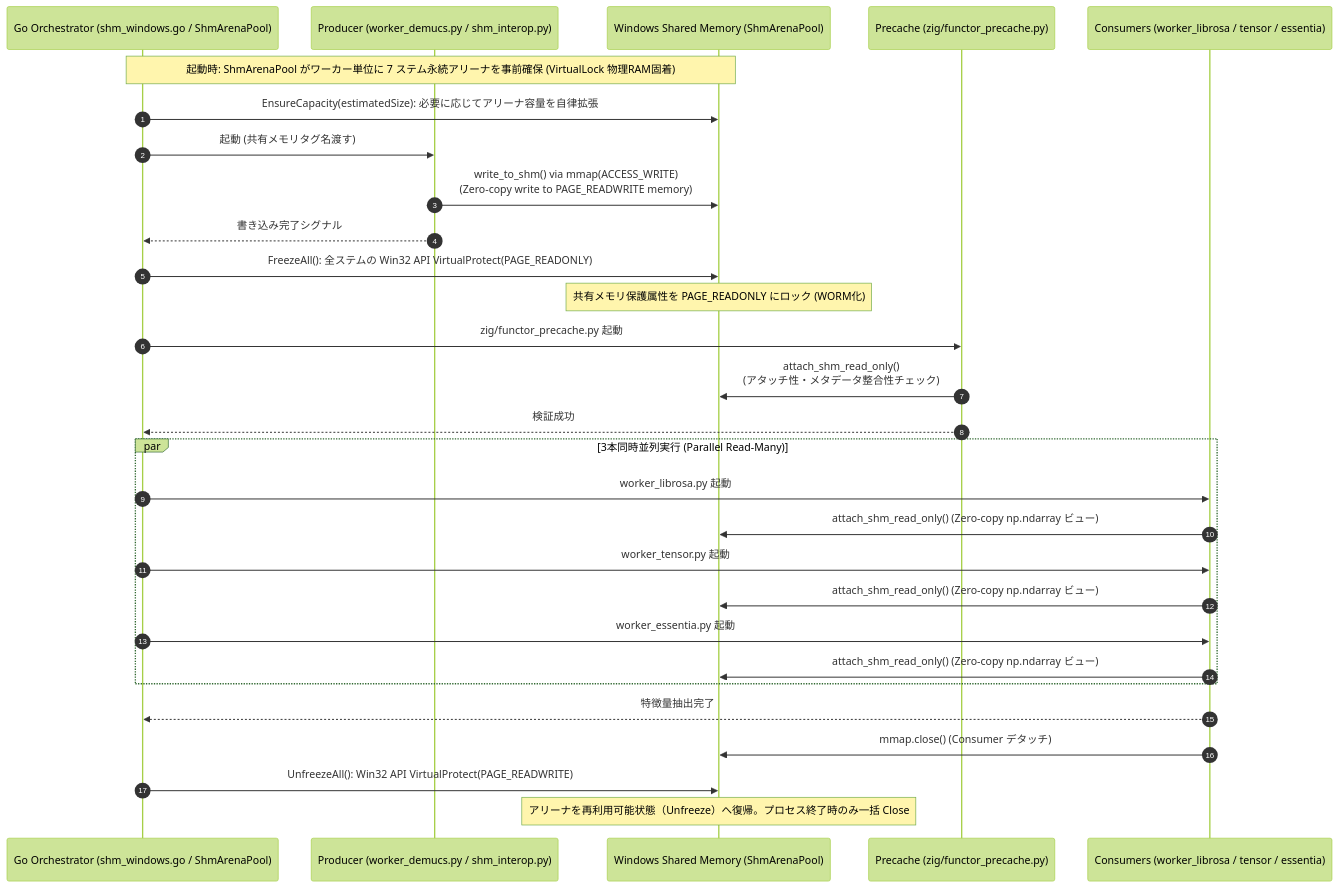
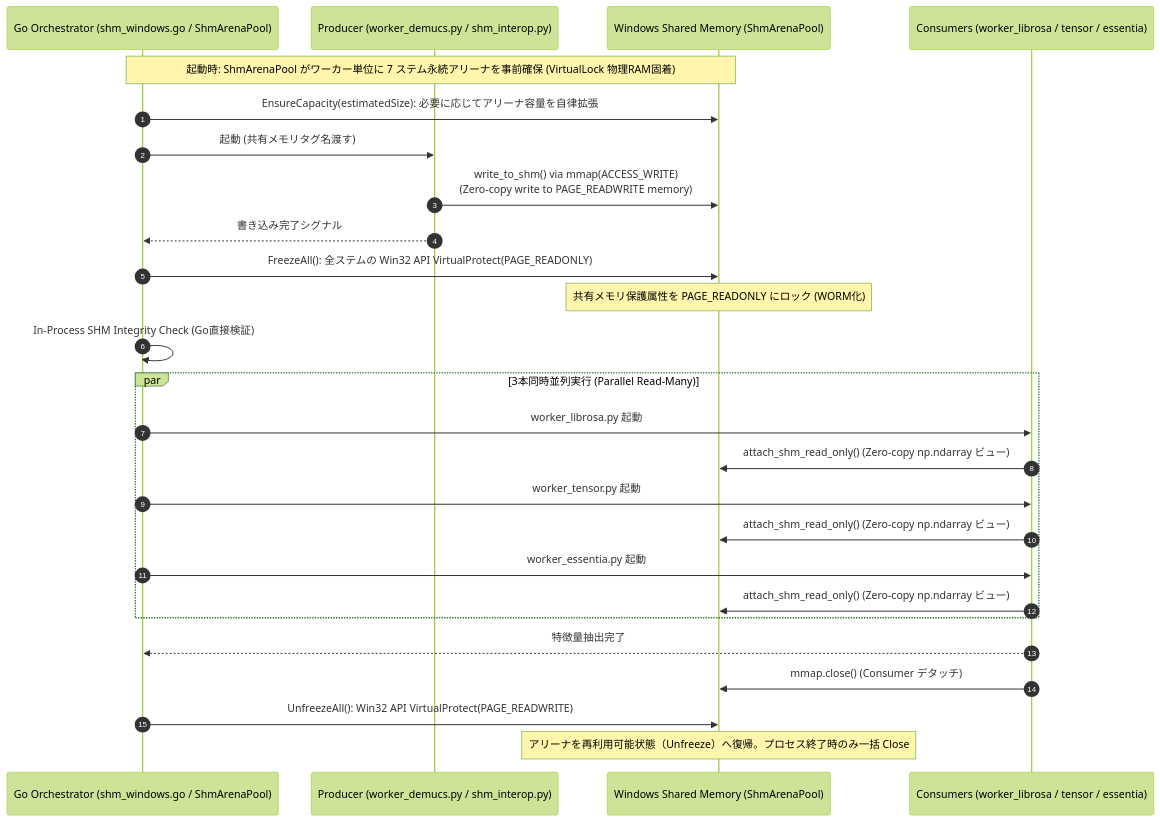
One commit to letwir/flac_analyzer_forwin changed the diagram in docs/shm_architecture.md. Above: the diagram before and after it, drawn with Mermaid (forest theme). The commit also changed other lines of this file and 6 other files, not shown here.

Commit message:
refactor(cleanup): remove obsolete worker_analyzer.py and functor_precache.py and inline pipeline helpers (#18)

````diff
--- a/docs/shm_architecture.md
+++ b/docs/shm_architecture.md
@@ -21,36 +21,33 @@
 ```mermaid
 sequenceDiagram
     autonumber
     participant Go as Go Orchestrator (shm_windows.go / ShmArenaPool)
     participant Producer as Producer (worker_demucs.py / shm_interop.py)
     participant SHM as Windows Shared Memory (ShmArenaPool)
-    participant Precache as Precache (zig/functor_precache.py)
     participant Consumers as Consumers (worker_librosa / tensor / essentia)
 
     Note over Go,SHM: 起動時: ShmArenaPool がワーカー単位に 7 ステム永続アリーナを事前確保 (VirtualLock 物理RAM固着)
     Go->>SHM: EnsureCapacity(estimatedSize): 必要に応じてアリーナ容量を自律拡張
     Go->>Producer: 起動 (共有メモリタグ名渡す)
     Producer->>SHM: write_to_shm() via mmap(ACCESS_WRITE)<br/>(Zero-copy write to PAGE_READWRITE memory)
     Producer-->>Go: 書き込み完了シグナル
     Go->>SHM: FreezeAll(): 全ステムの Win32 API VirtualProtect(PAGE_READONLY)
     Note over SHM: 共有メモリ保護属性を PAGE_READONLY にロック (WORM化)
     
-    Go->>Precache: zig/functor_precache.py 起動
-    Precache->>SHM: attach_shm_read_only()<br/>(アタッチ性・メタデータ整合性チェック)
-    Precache-->>Go: 検証成功
+    Go->>Go: In-Process SHM Integrity Check (Go直接検証)
 
     par 3本同時並列実行 (Parallel Read-Many)
         Go->>Consumers: worker_librosa.py 起動
         Consumers->>SHM: attach_shm_read_only() (Zero-copy np.ndarray ビュー)
         Go->>Consumers: worker_tensor.py 起動
         Consumers->>SHM: attach_shm_read_only() (Zero-copy np.ndarray ビュー)
         Go->>Consumers: worker_essentia.py 起動
         Consumers->>SHM: attach_shm_read_only() (Zero-copy np.ndarray ビュー)
     end
 
     Consumers-->>Go: 特徴量抽出完了
     Consumers->>SHM: mmap.close() (Consumer デタッチ)
 
     Go->>SHM: UnfreezeAll(): Win32 API VirtualProtect(PAGE_READWRITE)
     Note over SHM: アリーナを再利用可能状態（Unfreeze）へ復帰。プロセス終了時のみ一括 Close
 ```
````
